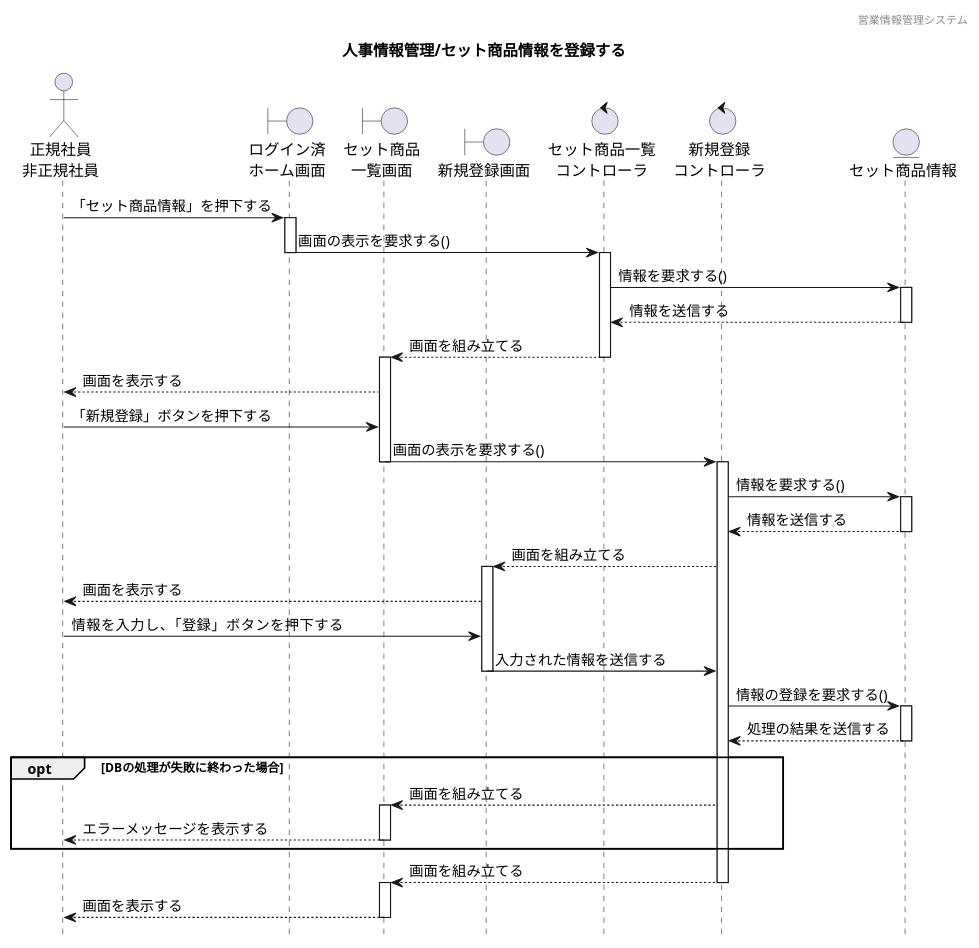
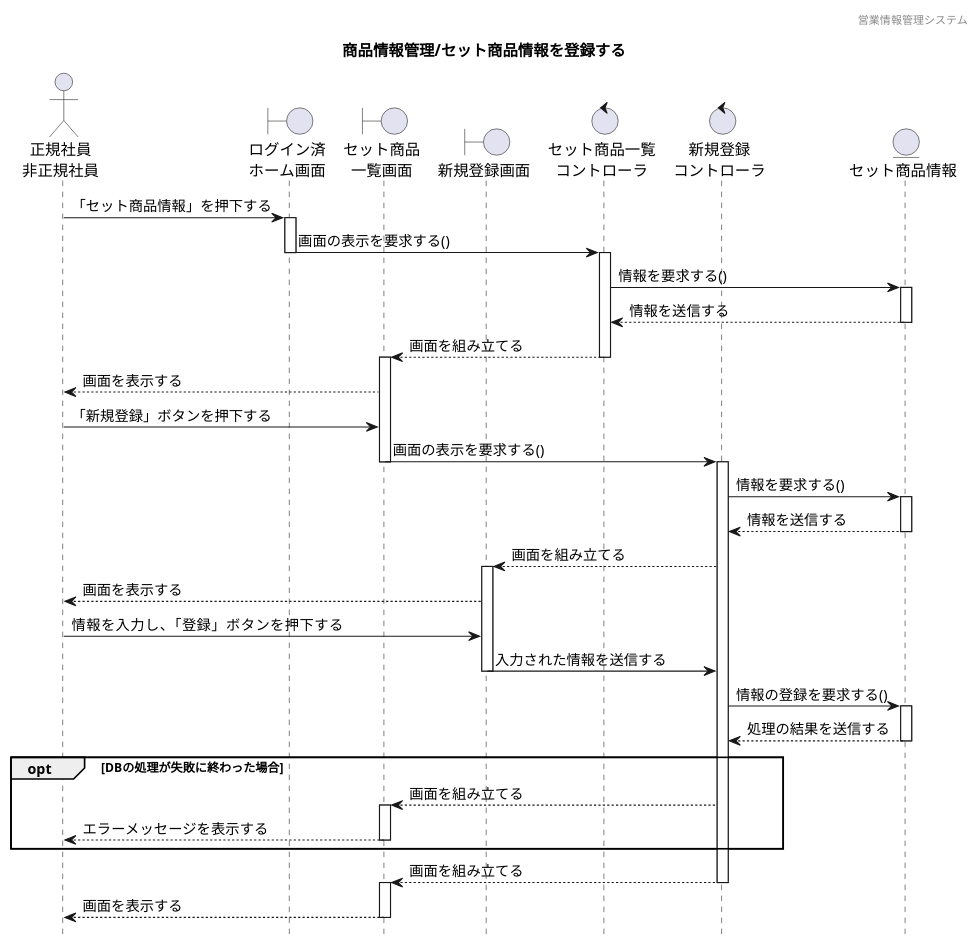
The diagram in 各種設計書/4シーケンス図/商品情報管理/1.在庫管理/セット商品管理_登録.plantuml (HaruShim/Sotuken), drawn with PlantUML before and after one commit. The commit also changed 3 other files, not shown here.

```diff
--- a/各種設計書/4シーケンス図/商品情報管理/1.在庫管理/セット商品管理_登録.plantuml
+++ b/各種設計書/4シーケンス図/商品情報管理/1.在庫管理/セット商品管理_登録.plantuml
@@ -1,65 +1,65 @@
 @startuml ../../images/在庫管理/セット商品管理_登録
 
 hide footbox
 header 営業情報管理システム
-title 人事情報管理/セット商品情報を登録する
+title 商品情報管理/セット商品情報を登録する
 
 ' actor "" as a
 actor "正規社員\n非正規社員" as a1
 
 ' boundary "" as b
 boundary "ログイン済\nホーム画面" as b1
 boundary "セット商品\n一覧画面" as b2
 boundary "新規登録画面" as b3
 
 ' control "" as c
 control "セット商品一覧\nコントローラ" as c1
 control "新規登録\nコントローラ" as c2
 
 ' entity "" as e
 entity "セット商品情報" as e1
 
 a1 -> b1 : 「セット商品情報」を押下する
 activate b1
 b1 -> c1 : 画面の表示を要求する()
 deactivate b1
 activate c1
 c1 -> e1 : 情報を要求する()
 activate e1
 e1 --> c1 : 情報を送信する
 deactivate e1
 c1 --> b2 : 画面を組み立てる
 deactivate c1
 activate b2
 b2 --> a1 : 画面を表示する
 a1 -> b2 : 「新規登録」ボタンを押下する
 b2 -> c2 : 画面の表示を要求する()
 deactivate b2
 activate c2
 c2 -> e1 : 情報を要求する()
 activate e1
 e1 --> c2 : 情報を送信する
 deactivate e1
 c2 --> b3 : 画面を組み立てる
 activate b3
 b3 --> a1 : 画面を表示する
 a1 -> b3 : 情報を入力し、「登録」ボタンを押下する
 b3 -> c2 : 入力された情報を送信する
 deactivate b3
 c2 -> e1 : 情報の登録を要求する()
 activate e1
 e1 --> c2 : 処理の結果を送信する
 deactivate e1
 opt DBの処理が失敗に終わった場合
 c2 --> b2 : 画面を組み立てる
 activate b2
 b2 --> a1 : エラーメッセージを表示する  
 deactivate b2
 end
 c2 --> b2 : 画面を組み立てる
 deactivate c2
 activate b2
 b2 --> a1 : 画面を表示する  
 deactivate b2
 
 @enduml
```
